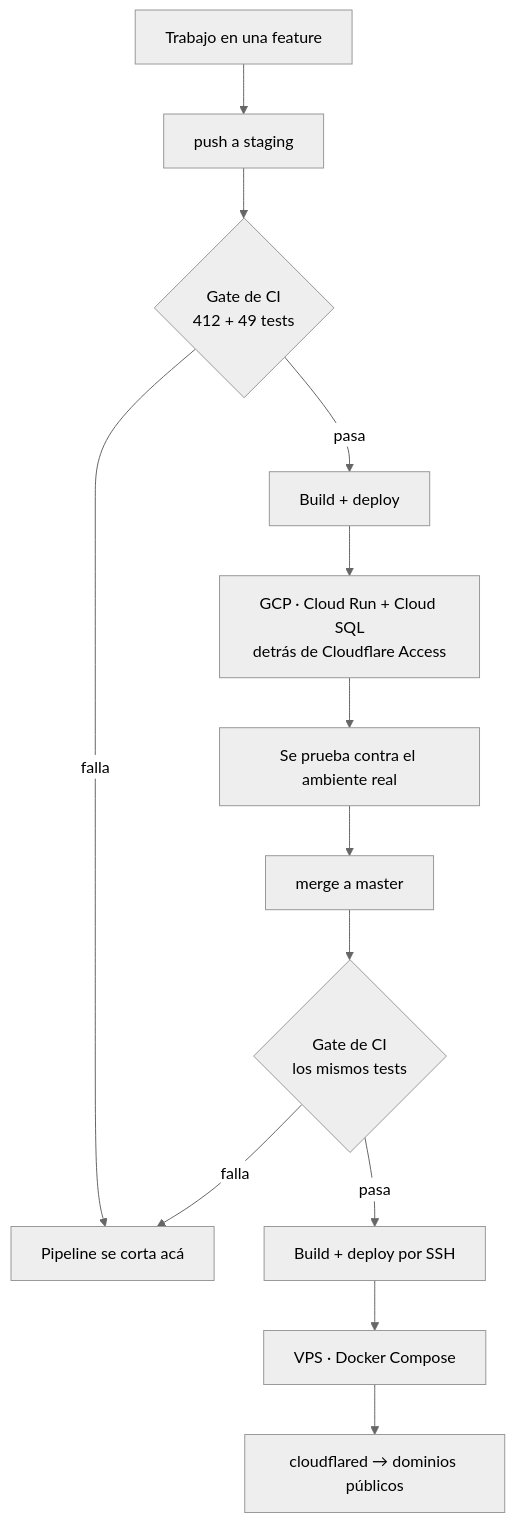
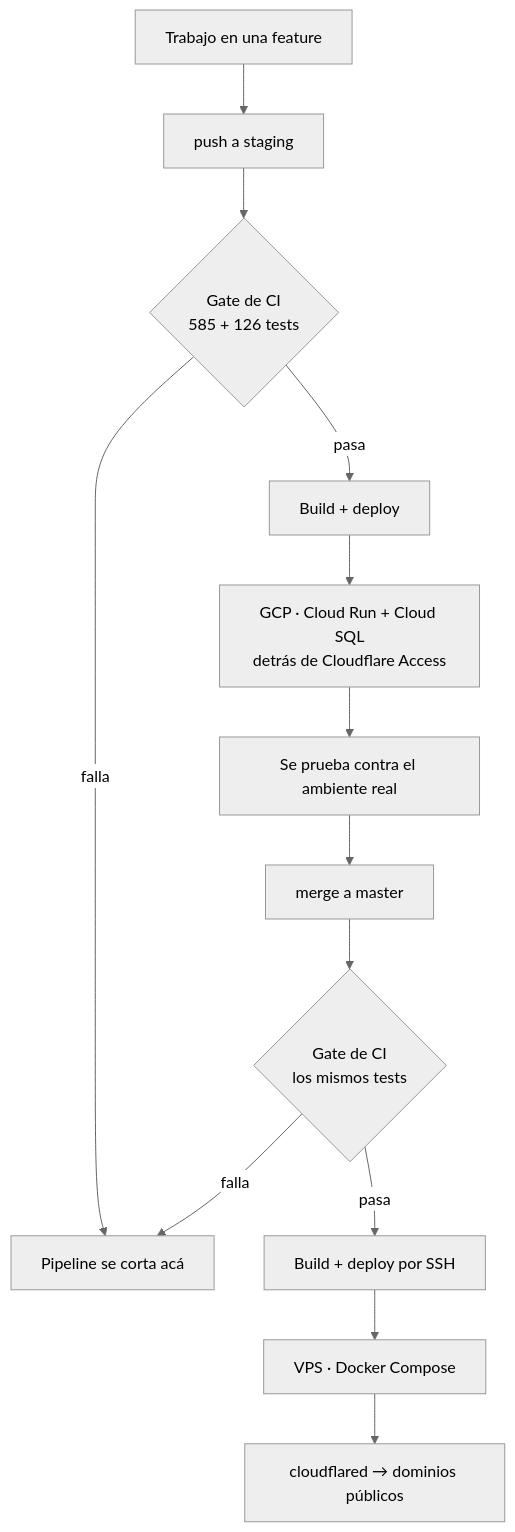
One commit to joaoboy89/guau changed the diagram in README.es.md. Above: the diagram before and after it, drawn with Mermaid (neutral theme). The commit also changed other lines of this file and 1 other file, not shown here.

````diff
--- a/README.es.md
+++ b/README.es.md
@@ -172,15 +174,15 @@
 ```mermaid
 flowchart TD
     A[Trabajo en una feature] --> B[push a staging]
-    B --> C{Gate de CI<br/>412 + 49 tests}
+    B --> C{Gate de CI<br/>585 + 126 tests}
     C -->|falla| X[Pipeline se corta acá]
     C -->|pasa| D[Build + deploy]
     D --> E[GCP · Cloud Run + Cloud SQL<br/>detrás de Cloudflare Access]
     E --> F[Se prueba contra el ambiente real]
     F --> G[merge a master]
     G --> H{Gate de CI<br/>los mismos tests}
     H -->|falla| X
     H -->|pasa| I[Build + deploy por SSH]
     I --> J[VPS · Docker Compose]
     J --> K[cloudflared → dominios públicos]
 ```
````
